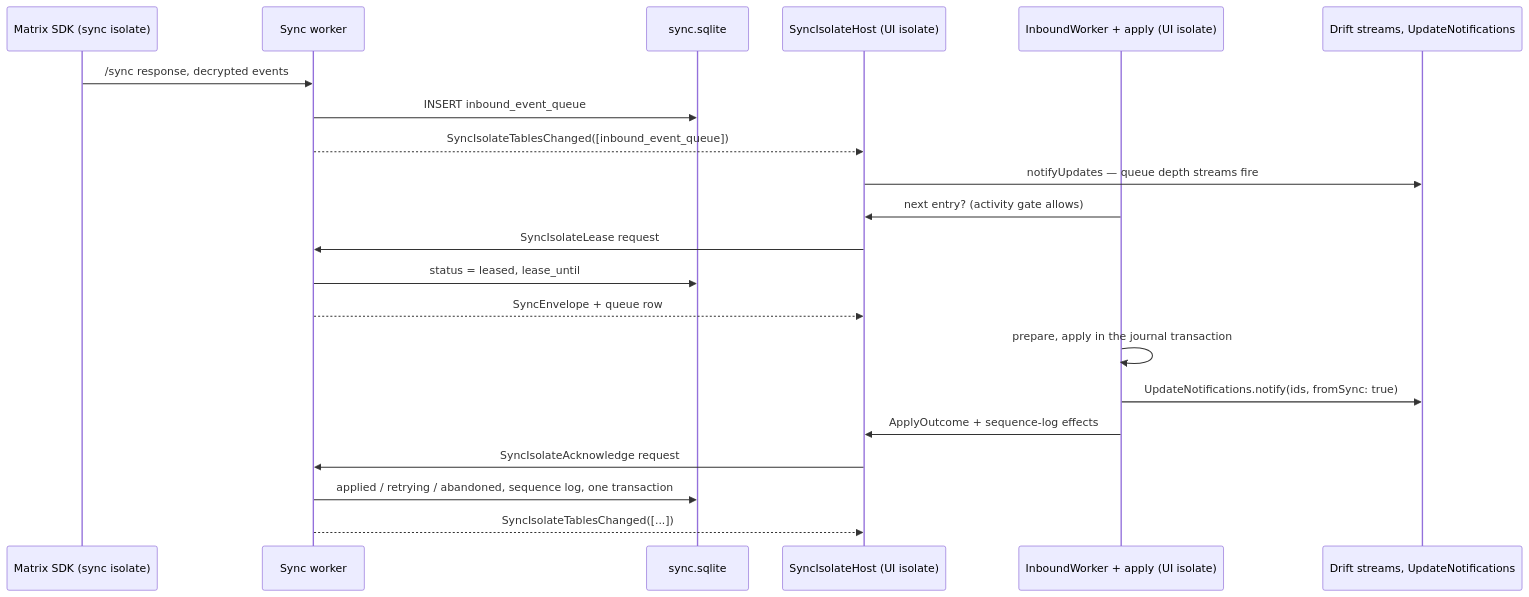
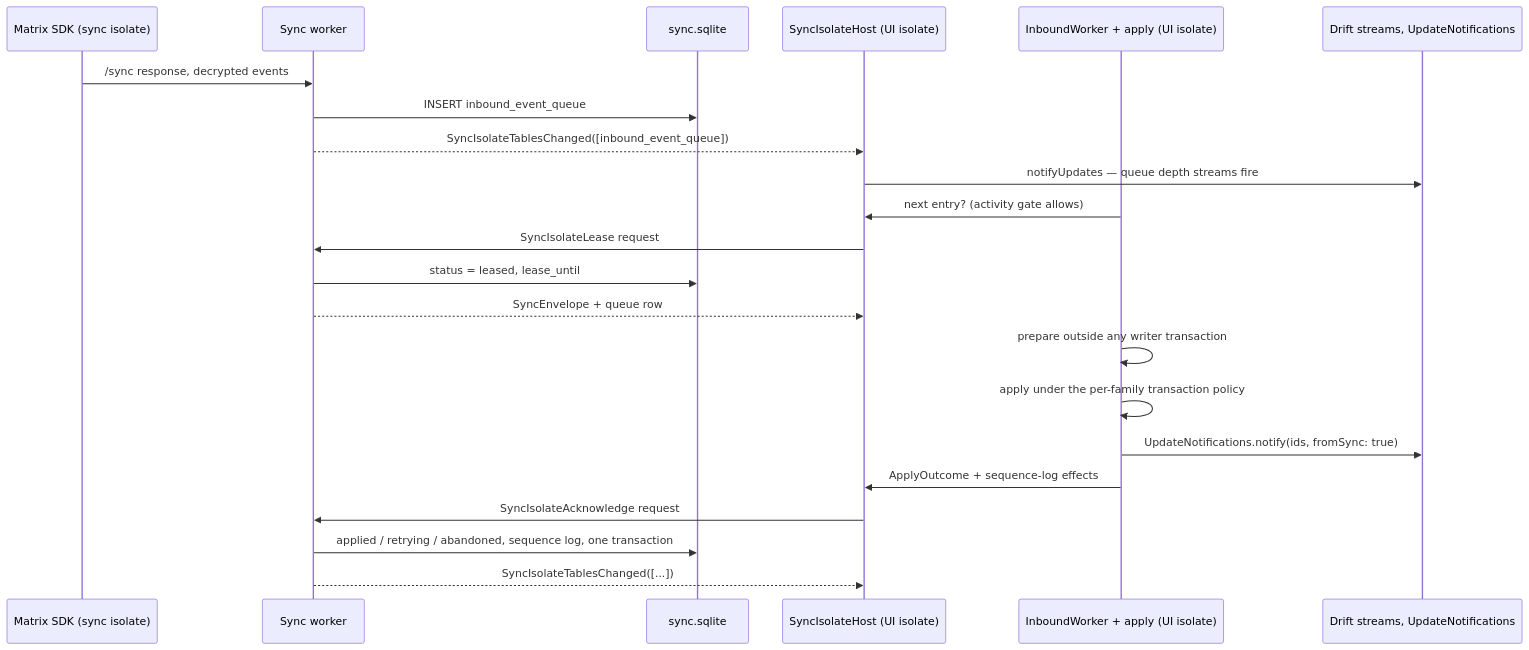
One commit to matthiasn/lotti changed the first of 2 diagrams in knowledge/features/sync/isolate.md. Above: the diagram before and after it, drawn with Mermaid. The commit also changed 1 other file, not shown here.

Commit message:
docs(sync): keep status out of ADR 0142, fix the apply boundary in the hand-off diagram

````diff
--- a/knowledge/features/sync/isolate.md
+++ b/knowledge/features/sync/isolate.md
@@ -97,23 +97,24 @@
 ```mermaid
 sequenceDiagram
   participant M as Matrix SDK (sync isolate)
   participant W as Sync worker
   participant S as sync.sqlite
   participant H as SyncIsolateHost (UI isolate)
   participant A as InboundWorker + apply (UI isolate)
   participant U as Drift streams, UpdateNotifications
   M->>W: /sync response, decrypted events
   W->>S: INSERT inbound_event_queue
   W-->>H: SyncIsolateTablesChanged([inbound_event_queue])
   H->>U: notifyUpdates — queue depth streams fire
   A->>H: next entry? (activity gate allows)
   H->>W: SyncIsolateLease request
   W->>S: status = leased, lease_until
   W-->>H: SyncEnvelope + queue row
-  A->>A: prepare, apply in the journal transaction
+  A->>A: prepare outside any writer transaction
+  A->>A: apply under the per-family transaction policy
   A->>U: UpdateNotifications.notify(ids, fromSync: true)
   A->>H: ApplyOutcome + sequence-log effects
   H->>W: SyncIsolateAcknowledge request
   W->>S: applied / retrying / abandoned, sequence log, one transaction
   W-->>H: SyncIsolateTablesChanged([...])
 ```
````
